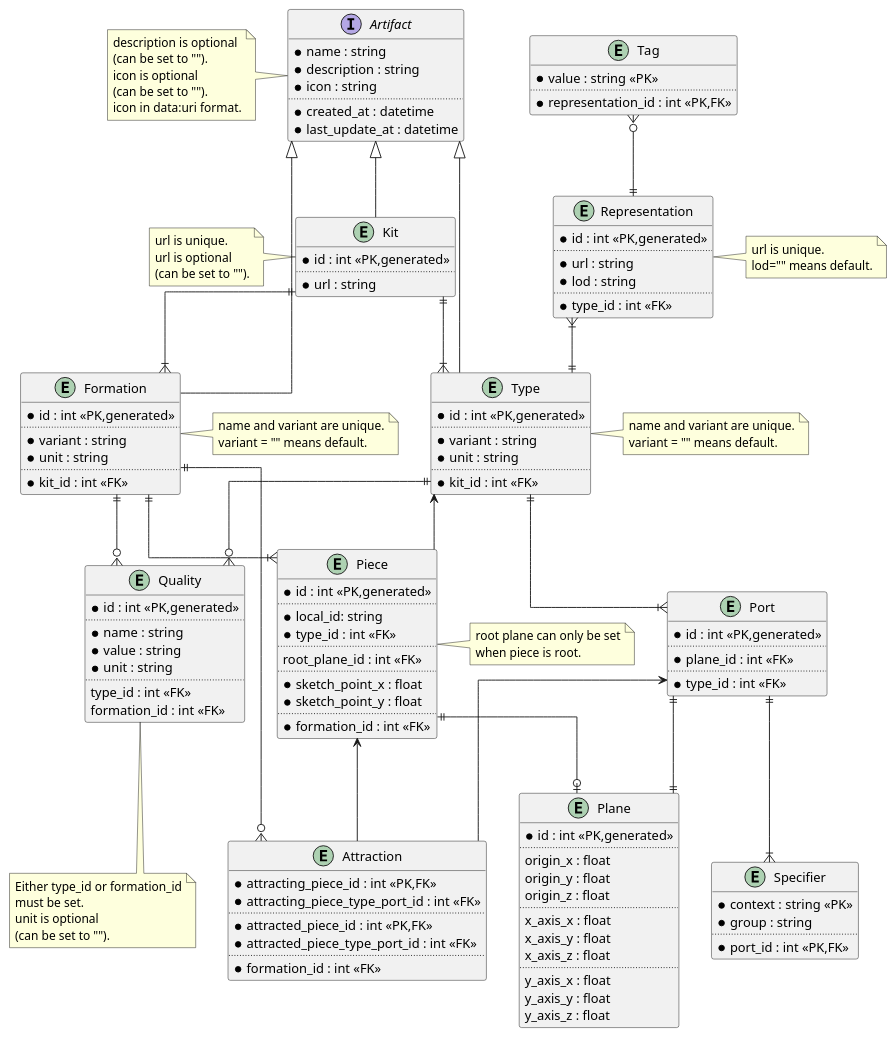
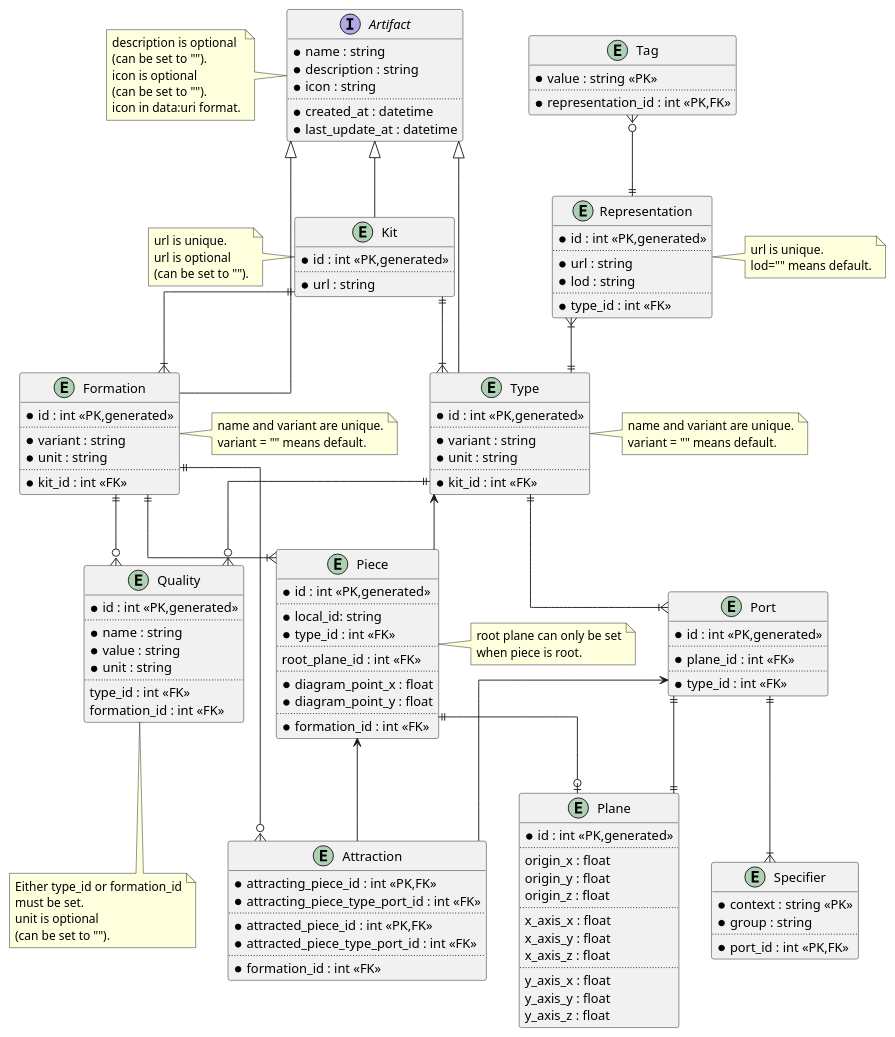
Before and after one commit to usalu/semio: the diagram in docs/softwarequality/softwarearchitecture/dataarchitecture.pu, drawn with PlantUML. The commit also changed 38 other files, not shown here.

```diff
--- a/docs/softwarequality/softwarearchitecture/dataarchitecture.pu
+++ b/docs/softwarequality/softwarearchitecture/dataarchitecture.pu
@@ -1,173 +1,173 @@
 @startuml "data architecture"
 skinparam linetype ortho
 
 interface Artifact {
     *name : string
     *description : string
     *icon : string
     ..
     *created_at : datetime
     *last_update_at : datetime
 }
 note left of Artifact
     description is optional
     (can be set to "").
     icon is optional
     (can be set to "").
     icon in data:uri format.
 end note
 
 entity Kit {
     *id : int <<PK,generated>> 
     ..
     *url : string
 }
 note left of Kit
     url is unique.
     url is optional
     (can be set to "").
 end note
 
 entity Type {
     *id : int <<PK,generated>>
     ..
     *variant : string
     *unit : string
     ..
     *kit_id : int <<FK>>
 }
 note right of Type
     name and variant are unique.
     variant = "" means default.
 end note
 
 entity Representation {
     *id : int <<PK,generated>>
     ..
     *url : string
     *lod : string
     ..
     *type_id : int <<FK>>
 }
 note right of Representation
     url is unique.
     lod="" means default.
 end note
 
 entity Tag {
     *value : string <<PK>>
     ..
     *representation_id : int <<PK,FK>>
 }
 
 entity Plane{
     *id : int <<PK,generated>>
     ..
     origin_x : float
     origin_y : float
     origin_z : float
     ..
     x_axis_x : float
     x_axis_y : float
     x_axis_z : float
     ..
     y_axis_x : float
     y_axis_y : float
     y_axis_z : float
 }
 
 entity Port {
     *id : int <<PK,generated>>
     ..
     *plane_id : int <<FK>>
     ..
     *type_id : int <<FK>>
 }
 
 entity Quality {
     *id : int <<PK,generated>>
     ..
     *name : string
     *value : string
     *unit : string
     ..
     type_id : int <<FK>>
     formation_id : int <<FK>>
 }
 note bottom of Quality
     Either type_id or formation_id
     must be set.
     unit is optional
     (can be set to "").
 end note
 
 
 entity Specifier {
     *context : string <<PK>>
     *group : string
     ..
     *port_id : int <<PK,FK>>
 }
 
 entity Piece{
     *id : int <<PK,generated>>
     ..
     *local_id: string
     *type_id : int <<FK>>
     ..
     root_plane_id : int <<FK>>
     ..
-    *sketch_point_x : float
-    *sketch_point_y : float
+    *diagram_point_x : float
+    *diagram_point_y : float
     ..
     *formation_id : int <<FK>>
 }
 note right of Piece
     root plane can only be set
     when piece is root.
 end note
 
 entity Attraction {
     *attracting_piece_id : int <<PK,FK>>
     *attracting_piece_type_port_id : int <<FK>>
     ..
     *attracted_piece_id : int <<PK,FK>>
     *attracted_piece_type_port_id : int <<FK>>
     ..
     *formation_id : int <<FK>>
 }
 
 entity Formation {
     *id : int <<PK,generated>>
     ..
     *variant : string
     *unit : string
     ..
     *kit_id : int <<FK>>
 }
 note right of Formation
     name and variant are unique.
     variant = "" means default.
 end note
 
 Kit ||--|{ Formation
 Kit ||--|{ Type 
 Tag }o--|| Representation
 Representation }|--|| Type
 Type ||--|{ Port
 Type ||--o{ Quality
 Formation ||--|{ Piece
 Formation ||--o{ Attraction
 Formation ||--o{ Quality
 Port ||--|| Plane
 Port ||--|{  Specifier
 Piece ||--o| Plane
 Type <-- Piece
 Piece <-- Attraction
 Port <-- Attraction
 
 Artifact <|-- Kit
 Artifact <|-- Formation
 Artifact <|-- Type
 
 @enduml
```
